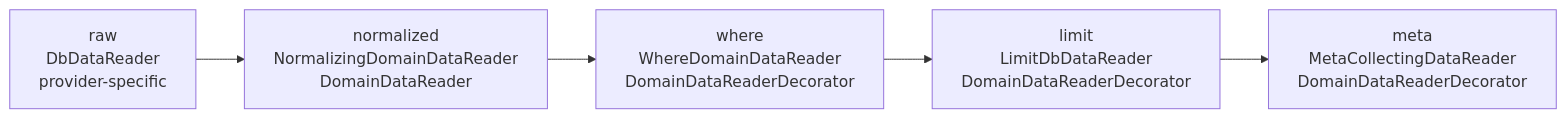
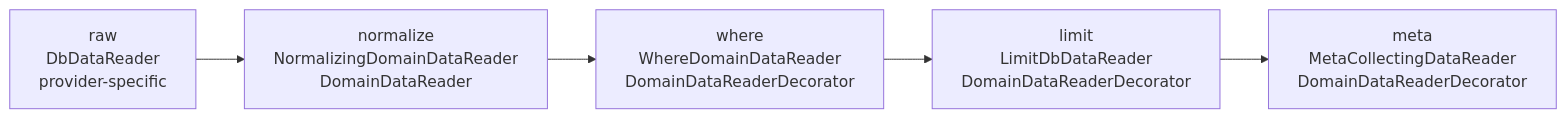
One commit to MikeKondr99/Loader changed the first of 3 diagrams in docs/reader-pipeline.md. Above: the diagram before and after it, drawn with Mermaid. The commit also changed other lines of this file and 14 other files, not shown here.

````diff
--- a/docs/reader-pipeline.md
+++ b/docs/reader-pipeline.md
@@ -5,10 +5,10 @@
 ```mermaid
 flowchart LR
     raw["raw<br/>DbDataReader<br/>provider-specific"]
-    normalized["normalized<br/>NormalizingDomainDataReader<br/>DomainDataReader"]
+    normalized["normalize<br/>NormalizingDomainDataReader<br/>DomainDataReader"]
     where["where<br/>WhereDomainDataReader<br/>DomainDataReaderDecorator"]
     limit["limit<br/>LimitDbDataReader<br/>DomainDataReaderDecorator"]
     meta["meta<br/>MetaCollectingDataReader<br/>DomainDataReaderDecorator"]
 
     raw --> normalized --> where --> limit --> meta
 ```
````
